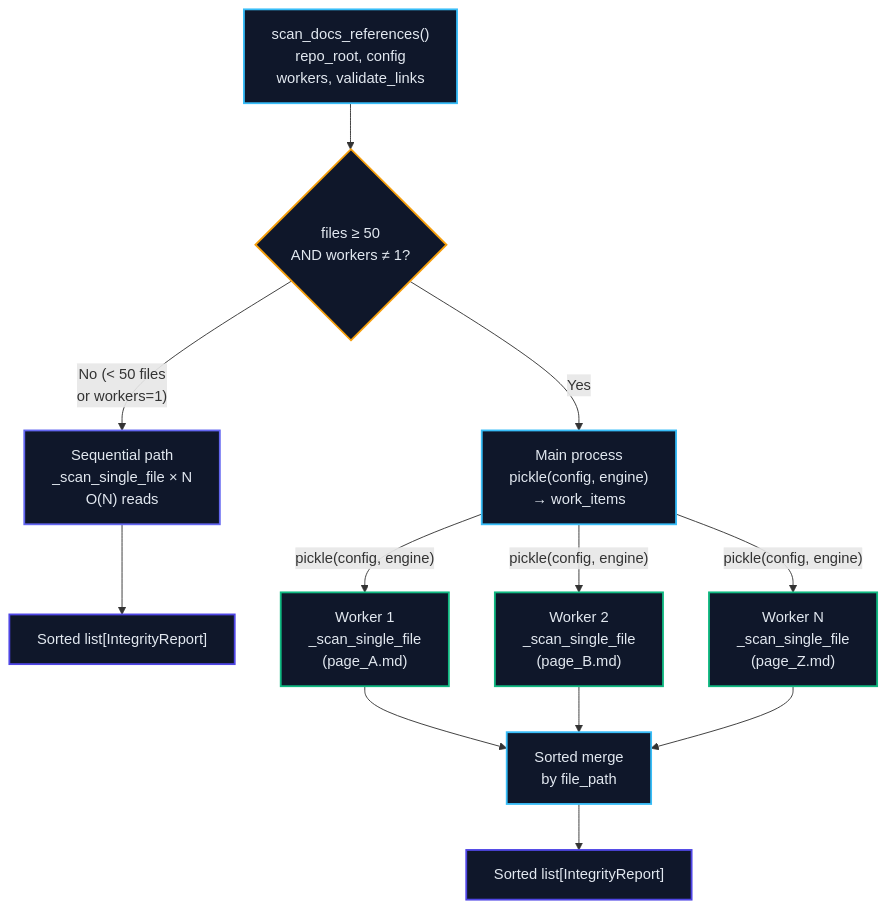
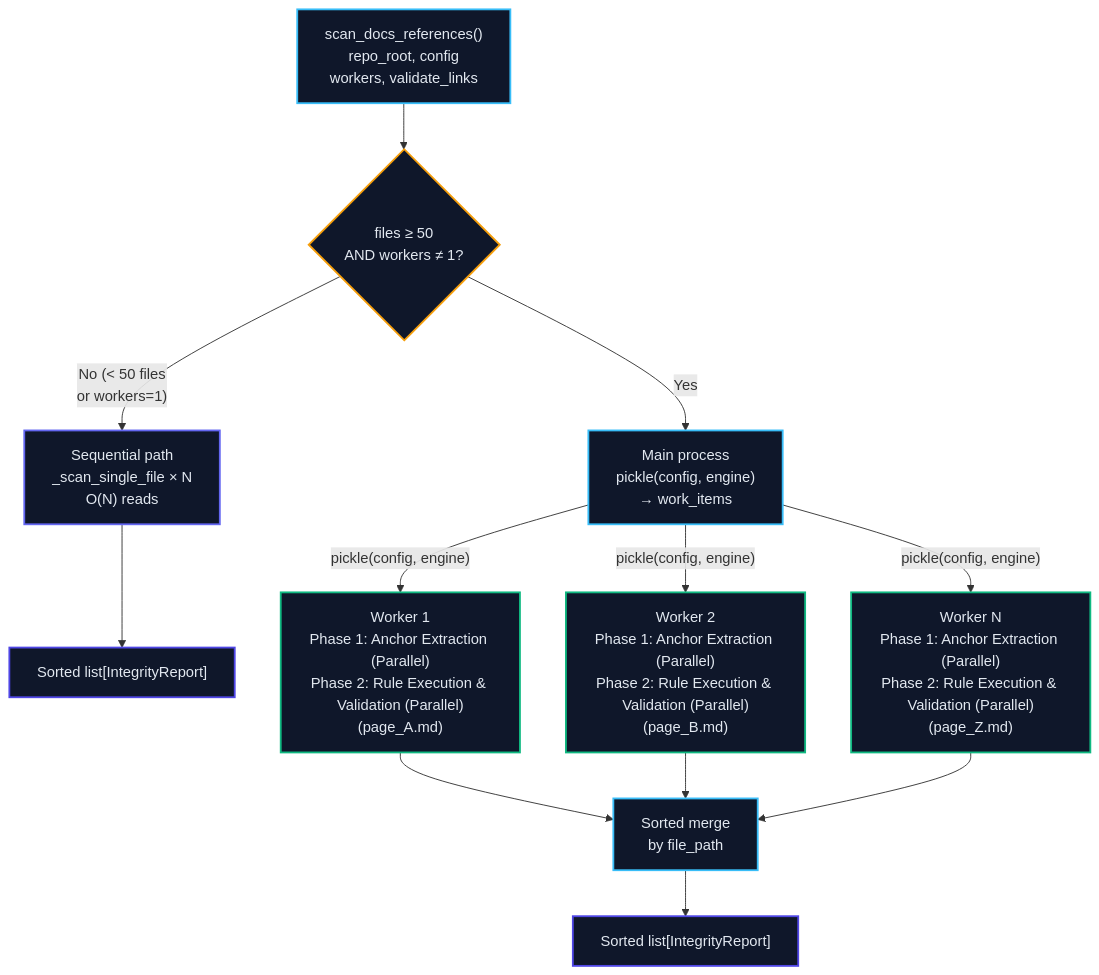
Before and after one commit to PythonWoods/zenzic: the third of 8 diagrams in docs/architecture.md, drawn with Mermaid. The commit also changed other lines of this file and 29 other files, not shown here.

````diff
--- a/docs/architecture.md
+++ b/docs/architecture.md
@@ -148,29 +148,29 @@
 ```mermaid
 flowchart TD
     classDef node   fill:#0f172a,stroke:#38bdf8,stroke-width:2px,color:#e2e8f0
     classDef decide fill:#0f172a,stroke:#f59e0b,stroke-width:2px,color:#e2e8f0
     classDef worker fill:#0f172a,stroke:#10b981,stroke-width:2px,color:#e2e8f0
     classDef seq    fill:#0f172a,stroke:#6366f1,stroke-width:2px,color:#e2e8f0
     classDef io     fill:#0f172a,stroke:#4f46e5,stroke-width:2px,color:#e2e8f0
 
     ENTRY["scan_docs_references()\nrepo_root, config\nworkers, validate_links"]:::node
     THRESHOLD{"files ≥ 50\nAND workers ≠ 1?"}:::decide
 
     SEQ["Sequential path\n_scan_single_file × N\nO(N) reads"]:::seq
     SORT_SEQ["Sorted list[IntegrityReport]"]:::io
 
     FAN["Main process\npickle(config, engine)\n→ work_items"]:::node
-    W1["Worker 1\n_scan_single_file\n(page_A.md)"]:::worker
-    W2["Worker 2\n_scan_single_file\n(page_B.md)"]:::worker
-    WN["Worker N\n_scan_single_file\n(page_Z.md)"]:::worker
+    W1["Worker 1\nPhase 1: Anchor Extraction (Parallel)\nPhase 2: Rule Execution & Validation (Parallel)\n(page_A.md)"]:::worker
+    W2["Worker 2\nPhase 1: Anchor Extraction (Parallel)\nPhase 2: Rule Execution & Validation (Parallel)\n(page_B.md)"]:::worker
+    WN["Worker N\nPhase 1: Anchor Extraction (Parallel)\nPhase 2: Rule Execution & Validation (Parallel)\n(page_Z.md)"]:::worker
     MERGE["Sorted merge\nby file_path"]:::node
     SORT_PAR["Sorted list[IntegrityReport]"]:::io
 
     ENTRY --> THRESHOLD
     THRESHOLD -->|"No (< 50 files\nor workers=1)"| SEQ
     SEQ --> SORT_SEQ
     THRESHOLD -->|"Yes"| FAN
     FAN -->|"pickle(config, engine)"| W1 & W2 & WN
     W1 & W2 & WN --> MERGE
     MERGE --> SORT_PAR
 ```
````
